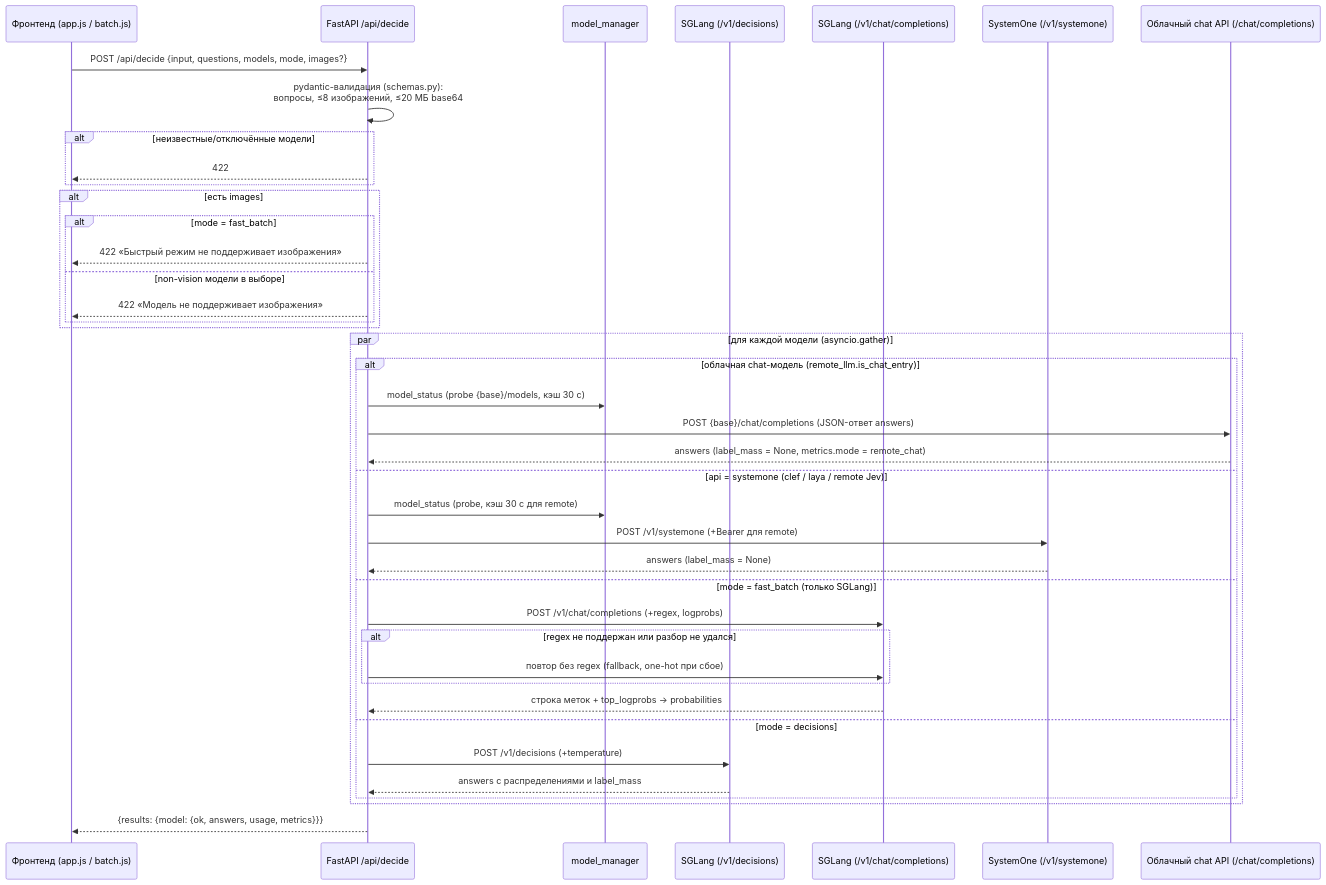
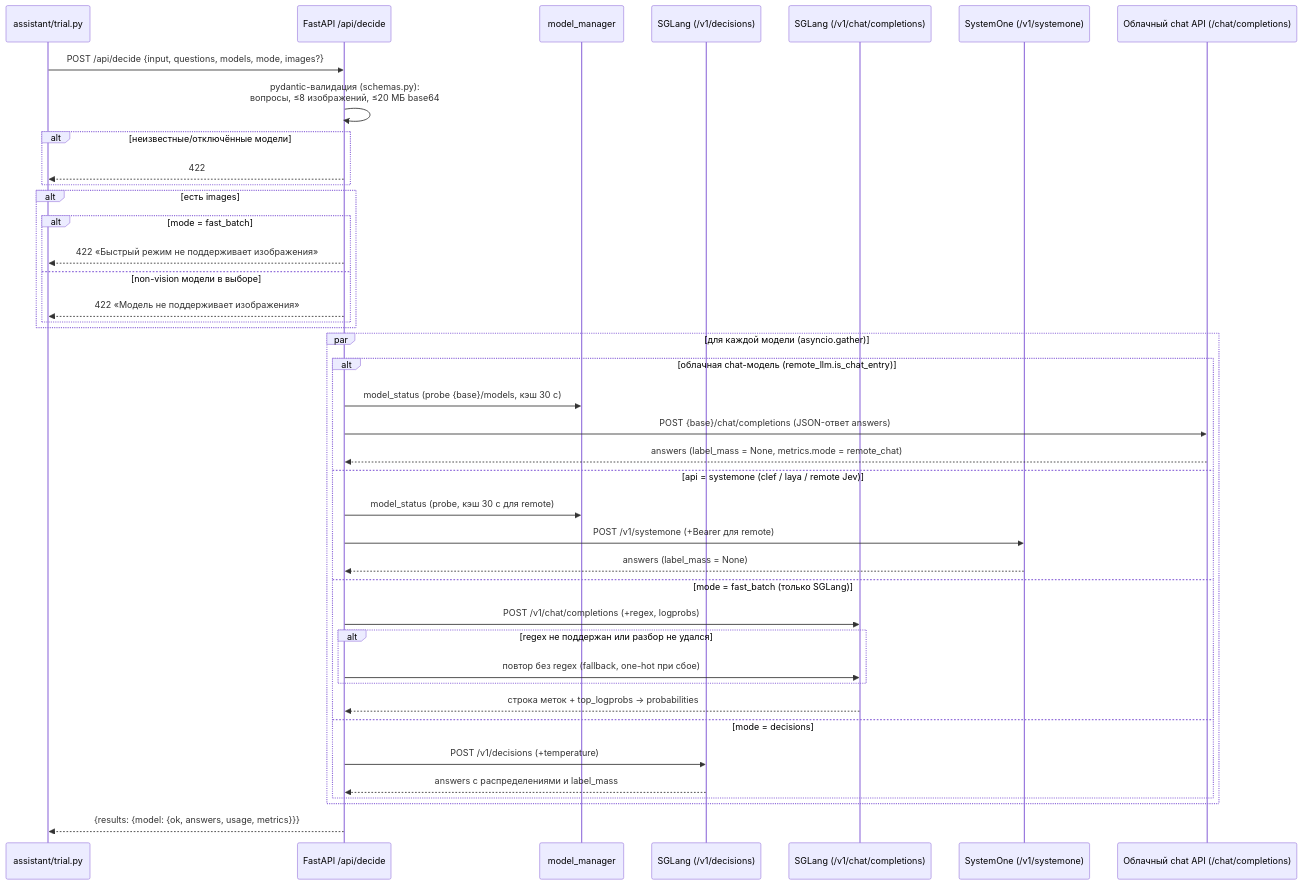
One commit to chkalofff/decision-qa changed the second of 5 diagrams in ARCHITECTURE.md. Above: the diagram before and after it, drawn with Mermaid. The commit also changed other lines of this file and 17 other files, not shown here.

````diff
--- a/ARCHITECTURE.md
+++ b/ARCHITECTURE.md
@@ -633,44 +636,44 @@
 ```mermaid
 sequenceDiagram
-    participant UI as Фронтенд (app.js / batch.js)
+    participant UI as assistant/trial.py
     participant FA as FastAPI /api/decide
     participant MM as model_manager
     participant SG as SGLang (/v1/decisions)
     participant FB as SGLang (/v1/chat/completions)
     participant SO as SystemOne (/v1/systemone)
     participant CLOUD as Облачный chat API (/chat/completions)
 
     UI->>FA: POST /api/decide {input, questions, models, mode, images?}
     FA->>FA: pydantic-валидация (schemas.py):<br/>вопросы, ≤8 изображений, ≤20 МБ base64
     alt неизвестные/отключённые модели
         FA-->>UI: 422
     end
     alt есть images
         alt mode = fast_batch
             FA-->>UI: 422 «Быстрый режим не поддерживает изображения»
         else non-vision модели в выборе
             FA-->>UI: 422 «Модель не поддерживает изображения»
         end
     end
     par для каждой модели (asyncio.gather)
         alt облачная chat-модель (remote_llm.is_chat_entry)
             FA->>MM: model_status (probe {base}/models, кэш 30 с)
             FA->>CLOUD: POST {base}/chat/completions (JSON-ответ answers)
             CLOUD-->>FA: answers (label_mass = None, metrics.mode = remote_chat)
         else api = systemone (clef / laya / remote Jev)
             FA->>MM: model_status (probe, кэш 30 с для remote)
             FA->>SO: POST /v1/systemone (+Bearer для remote)
             SO-->>FA: answers (label_mass = None)
         else mode = fast_batch (только SGLang)
             FA->>FB: POST /v1/chat/completions (+regex, logprobs)
             alt regex не поддержан или разбор не удался
                 FA->>FB: повтор без regex (fallback, one-hot при сбое)
             end
             FB-->>FA: строка меток + top_logprobs → probabilities
         else mode = decisions
             FA->>SG: POST /v1/decisions (+temperature)
             SG-->>FA: answers с распределениями и label_mass
         end
     end
     FA-->>UI: {results: {model: {ok, answers, usage, metrics}}}
 ```
````
